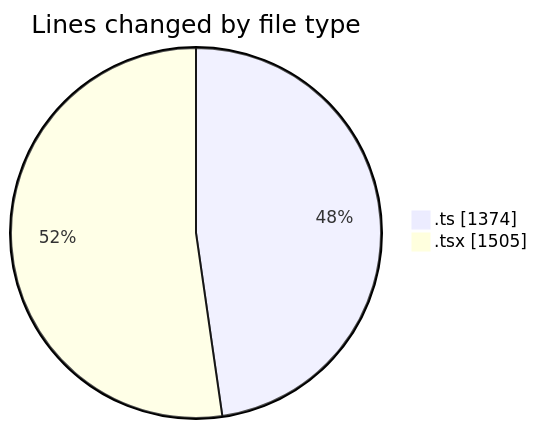
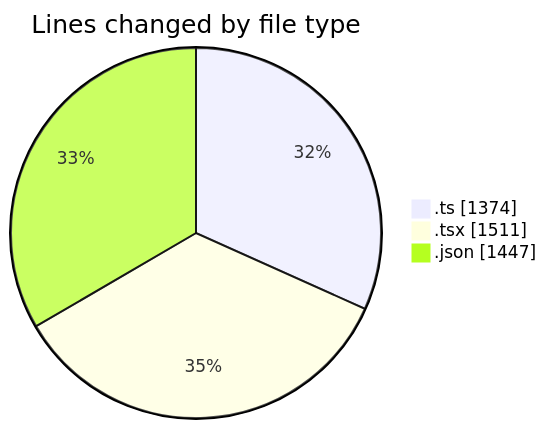
One commit to julien-gomy/code-tracking changed the first of 2 diagrams in 2025-10-23/eventscop-frontend-guide__workspace_/README.md. Above: the diagram before and after it, drawn with Mermaid. The commit also changed other lines of this file and 1 other file, not shown here.

````diff
--- a/2025-10-23/eventscop-frontend-guide__workspace_/README.md
+++ b/2025-10-23/eventscop-frontend-guide__workspace_/README.md
@@ -31,6 +32,7 @@
 ```mermaid
 pie showData
 title Lines changed by file type
 ".ts" : 1374
-".tsx" : 1505
+".tsx" : 1511
+".json" : 1447
 ```
````
